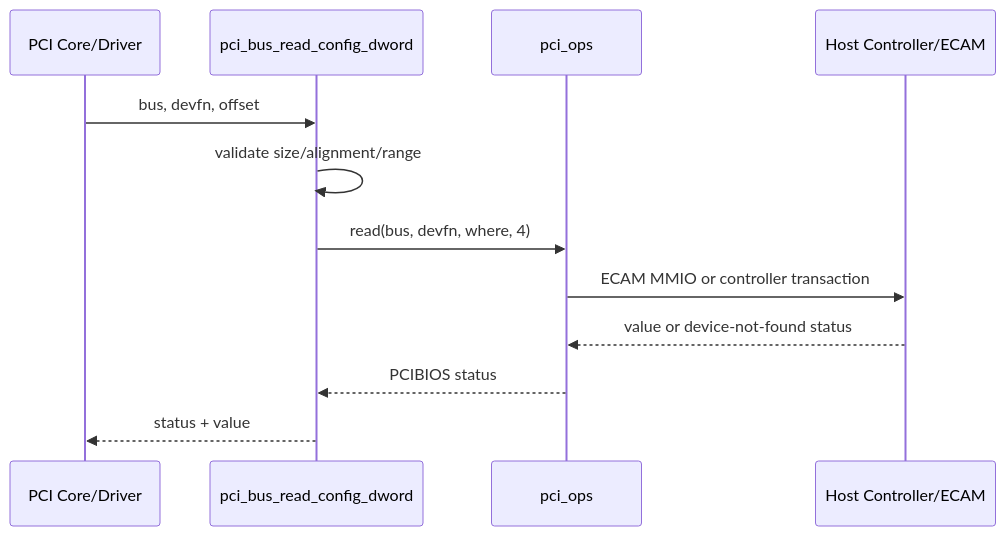
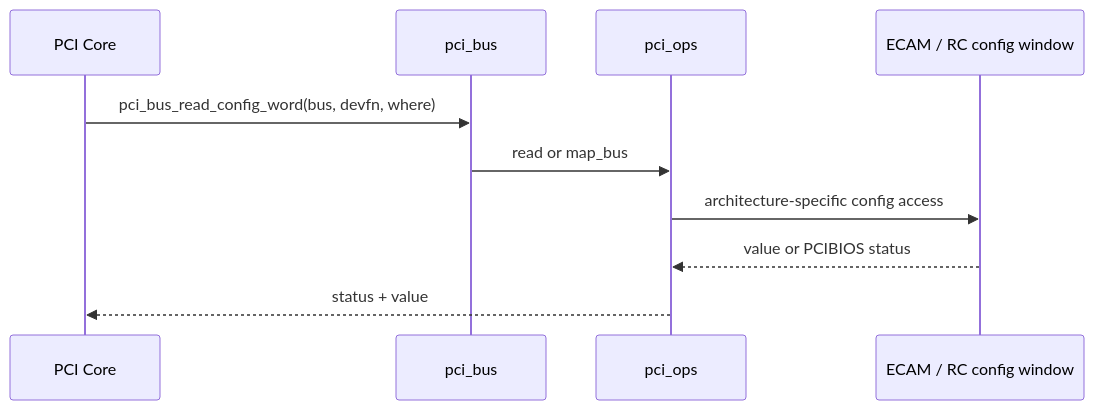
The second of 3 diagrams in docs/articles/pcie/pci-04-linux-pci-core-bus-dev-ops.md (cdragon-ljl/EEandEdgeAI), drawn with Mermaid before and after one commit. The commit also changed other lines of this file and 3 other files, not shown here.

Commit message:
docs: rebuild PCI Core learning path

````diff
--- a/docs/articles/pcie/pci-04-linux-pci-core-bus-dev-ops.md
+++ b/docs/articles/pcie/pci-04-linux-pci-core-bus-dev-ops.md
@@ -196,14 +120,12 @@
 ```mermaid
 sequenceDiagram
-    participant C as PCI Core/Driver
-    participant B as pci_bus_read_config_dword
-    participant O as pci_ops
-    participant H as Host Controller/ECAM
-    C->>B: bus, devfn, offset
-    B->>B: validate size/alignment/range
-    B->>O: read(bus, devfn, where, 4)
-    O->>H: ECAM MMIO or controller transaction
-    H-->>O: value or device-not-found status
-    O-->>B: PCIBIOS status
-    B-->>C: status + value
+    participant CORE as PCI Core
+    participant BUS as pci_bus
+    participant OPS as pci_ops
+    participant HOST as ECAM / RC config window
+    CORE->>BUS: pci_bus_read_config_word(bus, devfn, where)
+    BUS->>OPS: read or map_bus
+    OPS->>HOST: architecture-specific config access
+    HOST-->>OPS: value or PCIBIOS status
+    OPS-->>CORE: status + value
 ```
````
